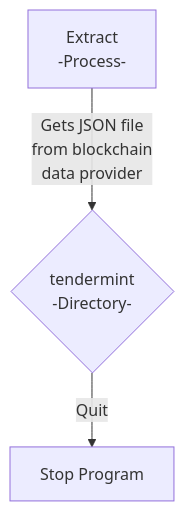
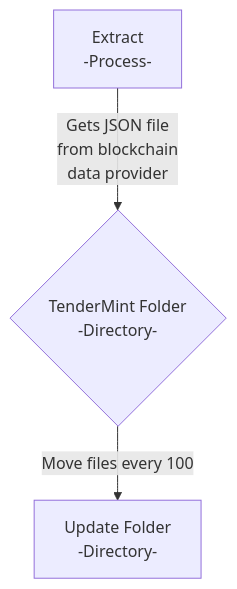
Before and after one commit to patmcfarland/one: the diagram in README.md, drawn with Mermaid.

````diff
--- a/README.md
+++ b/README.md
@@ -1,7 +1,7 @@
 ```mermaid
 flowchart TD
 A[Extract<br>-Process-]
 A -- Gets JSON file<br>from blockchain<br>data provider --> B
-B{tendermint<br>-Directory-}
-B -- Quit --> C[Stop Program]
+B{TenderMint Folder<br>-Directory-}
+B -- Move files every 100 --> C[Update Folder<br>-Directory-]
 ```
````
